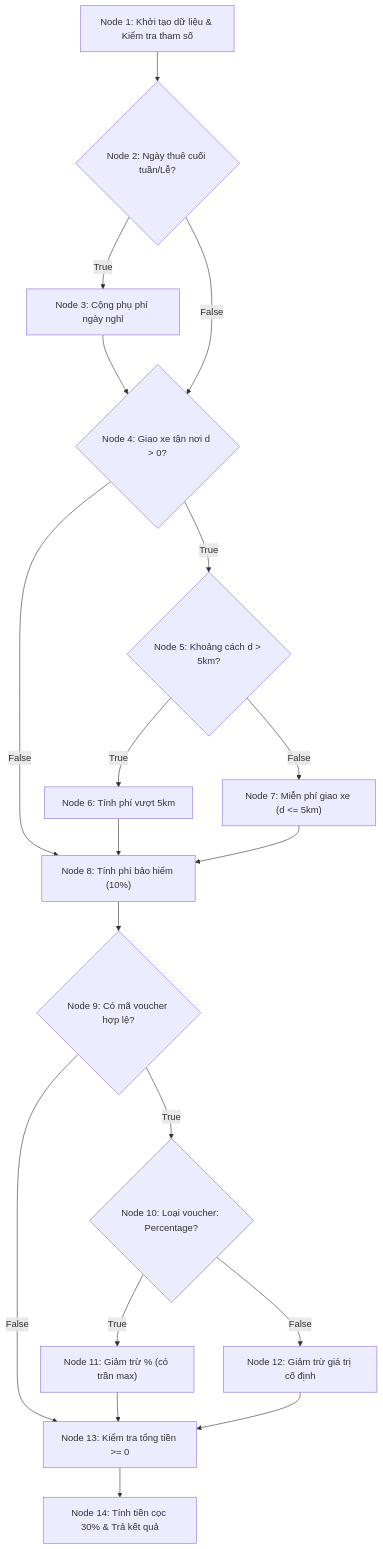
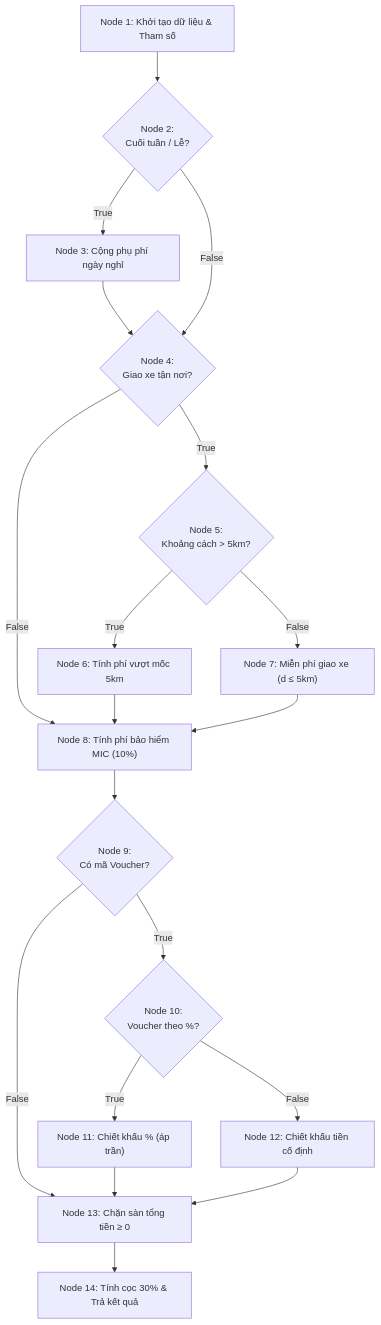
Before and after one commit to PhamQuang138/DGKTPM: the third of 4 diagrams in README.md, drawn with Mermaid. The commit also changed other lines of this file and 2 other files, not shown here.

Commit message:
fix: format README tables, replace broken math dollar signs, and fix text wrapping in mermaid diagrams

````diff
--- a/README.md
+++ b/README.md
@@ -237,31 +244,31 @@
 ```mermaid
 flowchart TD
-    N1["Node 1: Khởi tạo dữ liệu & Kiểm tra tham số"]
-    N2{"Node 2: Ngày thuê cuối tuần/Lễ?"}
+    N1["Node 1: Khởi tạo dữ liệu & Tham số"]
+    N2{"Node 2:<br/>Cuối tuần / Lễ?"}
     N3["Node 3: Cộng phụ phí ngày nghỉ"]
-    N4{"Node 4: Giao xe tận nơi d > 0?"}
-    N5{"Node 5: Khoảng cách d > 5km?"}
-    N6["Node 6: Tính phí vượt 5km"]
-    N7["Node 7: Miễn phí giao xe (d <= 5km)"]
-    N8["Node 8: Tính phí bảo hiểm (10%)"]
-    N9{"Node 9: Có mã voucher hợp lệ?"}
-    N10{"Node 10: Loại voucher: Percentage?"}
-    N11["Node 11: Giảm trừ % (có trần max)"]
-    N12["Node 12: Giảm trừ giá trị cố định"]
-    N13["Node 13: Kiểm tra tổng tiền >= 0"]
-    N14["Node 14: Tính tiền cọc 30% & Trả kết quả"]
+    N4{"Node 4:<br/>Giao xe tận nơi?"}
+    N5{"Node 5:<br/>Khoảng cách > 5km?"}
+    N6["Node 6: Tính phí vượt mốc 5km"]
+    N7["Node 7: Miễn phí giao xe (d ≤ 5km)"]
+    N8["Node 8: Tính phí bảo hiểm MIC (10%)"]
+    N9{"Node 9:<br/>Có mã Voucher?"}
+    N10{"Node 10:<br/>Voucher theo %?"}
+    N11["Node 11: Chiết khấu % (áp trần)"]
+    N12["Node 12: Chiết khấu tiền cố định"]
+    N13["Node 13: Chặn sàn tổng tiền ≥ 0"]
+    N14["Node 14: Tính cọc 30% & Trả kết quả"]
 
     N1 --> N2
     N2 -- "True" --> N3 --> N4
     N2 -- "False" --> N4
     N4 -- "True" --> N5
     N4 -- "False" --> N8
     N5 -- "True" --> N6 --> N8
     N5 -- "False" --> N7 --> N8
     N8 --> N9
     N9 -- "True" --> N10
     N9 -- "False" --> N13
     N10 -- "True" --> N11 --> N13
     N10 -- "False" --> N12 --> N13
     N13 --> N14
 ```
````
